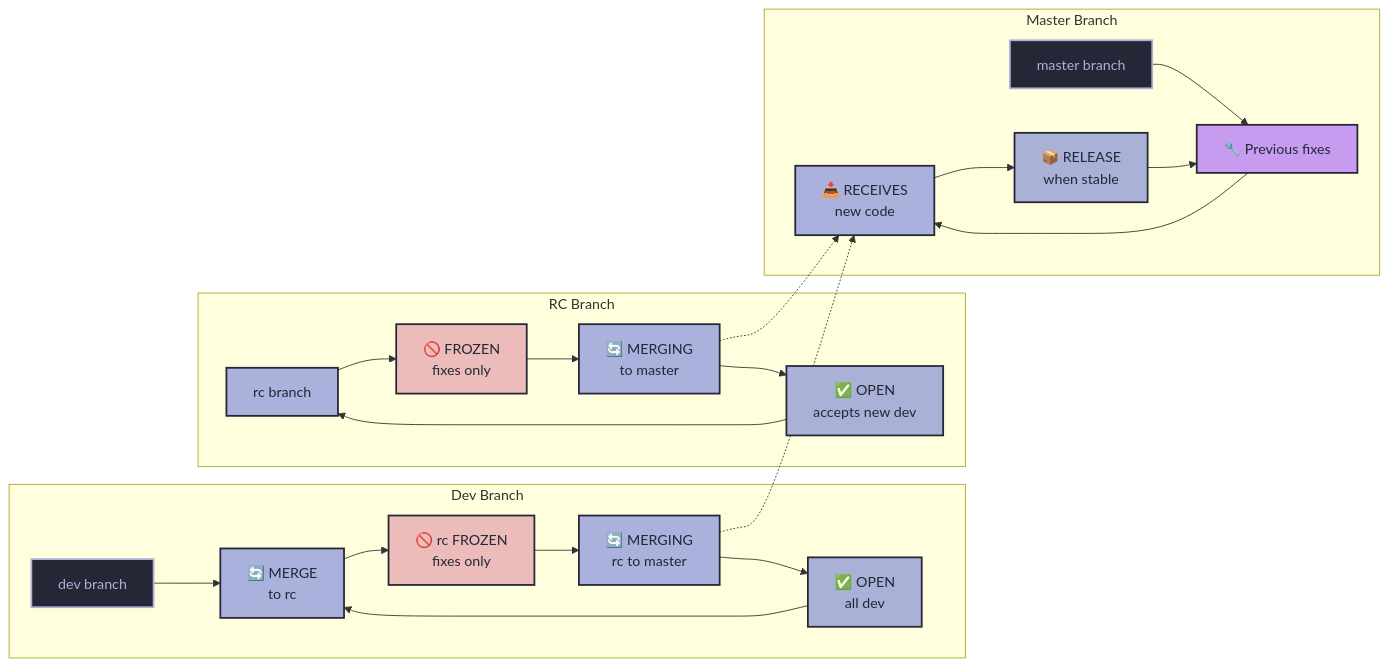
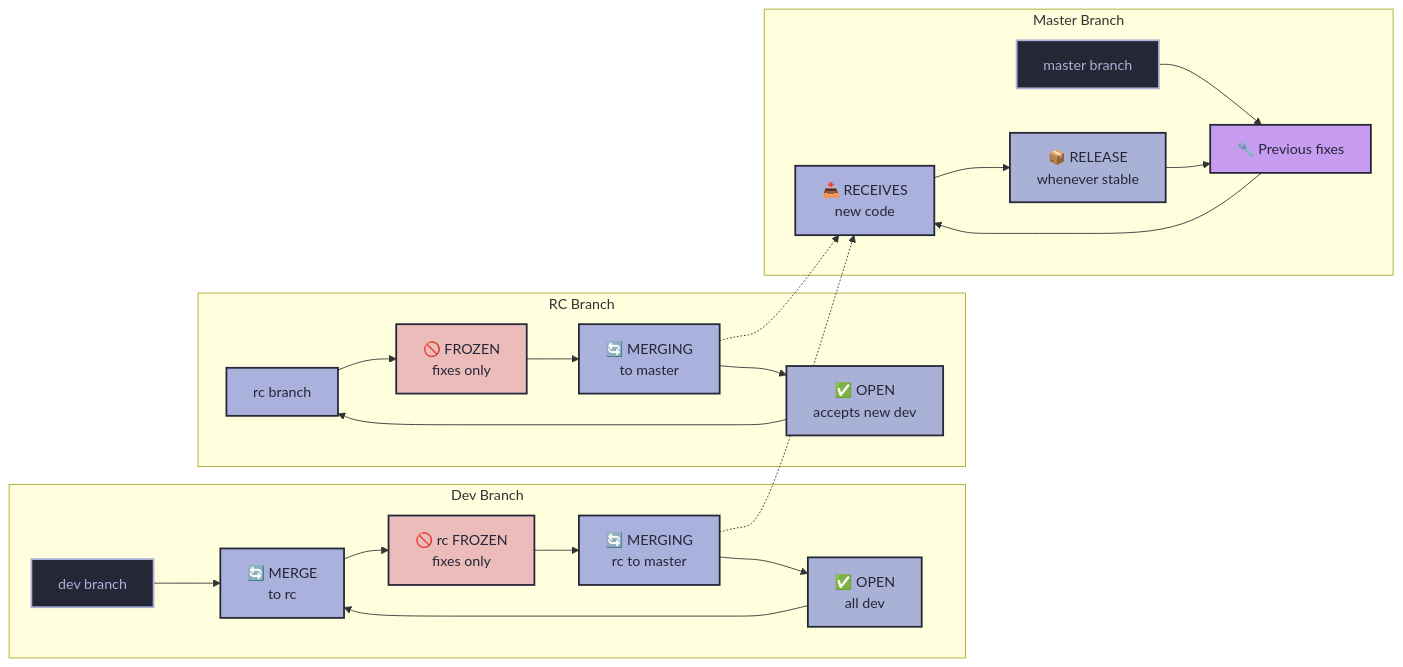
The second of 3 diagrams in RELEASE_POLICY.md (zeerayne/HyDE), drawn with Mermaid before and after one commit. The commit also changed other lines of this file, not shown here.

First line of the commit message:
Update RELEASE_POLICY.md

````diff
--- a/RELEASE_POLICY.md
+++ b/RELEASE_POLICY.md
@@ -165,41 +96,41 @@
 ```mermaid
 graph LR
     subgraph "Dev Branch"
         DEV[dev branch] --> RC[🔄 MERGE<br/>to rc]
         RC --> FROZEN[🚫 rc FROZEN<br/>fixes only]
         FROZEN --> MERGE[🔄 MERGING<br/>rc to master]
         MERGE --> OPEN[✅ OPEN<br/>all dev]
         OPEN --> RC
     end
     
     subgraph "RC Branch"
         RC2[rc branch] --> FROZEN2[🚫 FROZEN<br/>fixes only]
         FROZEN2 --> MERGE2[🔄 MERGING<br/>to master]
         MERGE2 --> OPEN2[✅ OPEN<br/>accepts new dev]
         OPEN2 --> RC2
     end
     
     subgraph "Master Branch"
         MASTER[master branch] --> PREV[🔧 Previous fixes]
         PREV --> RECEIVE[📥 RECEIVES<br/>new code]
-        RECEIVE --> RELEASE[📦 RELEASE<br/>when stable]
+        RECEIVE --> RELEASE[📦 RELEASE<br/>whenever stable]
         RELEASE --> PREV
     end
     
     MERGE -.-> RECEIVE
     MERGE2 -.-> RECEIVE
     
     style DEV fill:#252737,stroke:#a9b1d6,stroke-width:2px,color:#a9b1d6
     style RC fill:#a9b1dc,stroke:#252737,stroke-width:2px,color:#252737
     style FROZEN fill:#ebbcba,stroke:#252737,stroke-width:2px,color:#252737
     style MERGE fill:#a9b1dc,stroke:#252737,stroke-width:2px,color:#252737
     style OPEN fill:#a9b1d6,stroke:#252737,stroke-width:2px,color:#252737
     style RC2 fill:#a9b1dc,stroke:#252737,stroke-width:2px,color:#252737
     style FROZEN2 fill:#ebbcba,stroke:#252737,stroke-width:2px,color:#252737
     style MERGE2 fill:#a9b1dc,stroke:#252737,stroke-width:2px,color:#252737
     style OPEN2 fill:#a9b1d6,stroke:#252737,stroke-width:2px,color:#252737
     style MASTER fill:#252737,stroke:#a9b1d6,stroke-width:2px,color:#a9b1d6
     style PREV fill:#c79bf0,stroke:#252737,stroke-width:2px,color:#252737
     style RECEIVE fill:#a9b1dc,stroke:#252737,stroke-width:2px,color:#252737
     style RELEASE fill:#a9b1d6,stroke:#252737,stroke-width:2px,color:#252737
 ```
````
